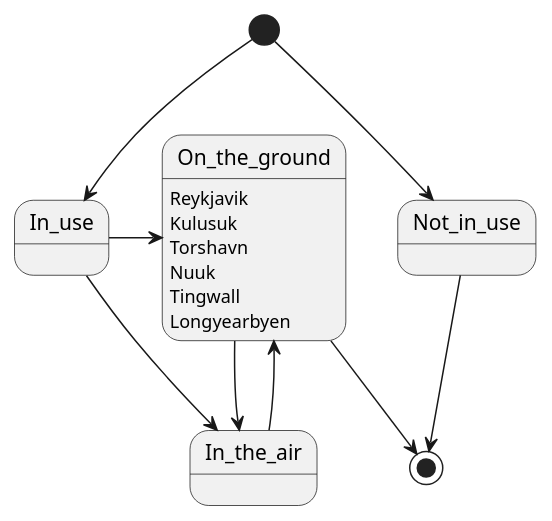
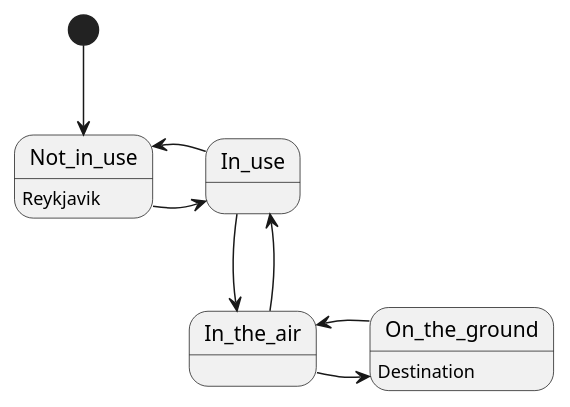
The diagram in State_Diagram_Airplane.puml (irmalexandra/vln1_chuck_nan), drawn with PlantUML before and after one commit. The commit also changed 3 other files, not shown here.

Commit message:
Update state diagram

```diff
--- a/State_Diagram_Airplane.puml
+++ b/State_Diagram_Airplane.puml
@@ -1,19 +1,13 @@
 @startuml
 
-[*] --> In_use
 [*] --> Not_in_use
-In_use -> On_the_ground
-On_the_ground : Reykjavik
-On_the_ground : Kulusuk
-On_the_ground : Torshavn
-On_the_ground : Nuuk
-On_the_ground : Tingwall
-On_the_ground : Longyearbyen 
+Not_in_use -> In_use
 In_use --> In_the_air
+In_use -> Not_in_use
+Not_in_use : Reykjavik
+On_the_ground : Destination
+In_the_air -> In_use
 In_the_air -> On_the_ground
 On_the_ground -> In_the_air
 
-Not_in_use --> [*]
-On_the_ground --> [*]
-
 @enduml
```
